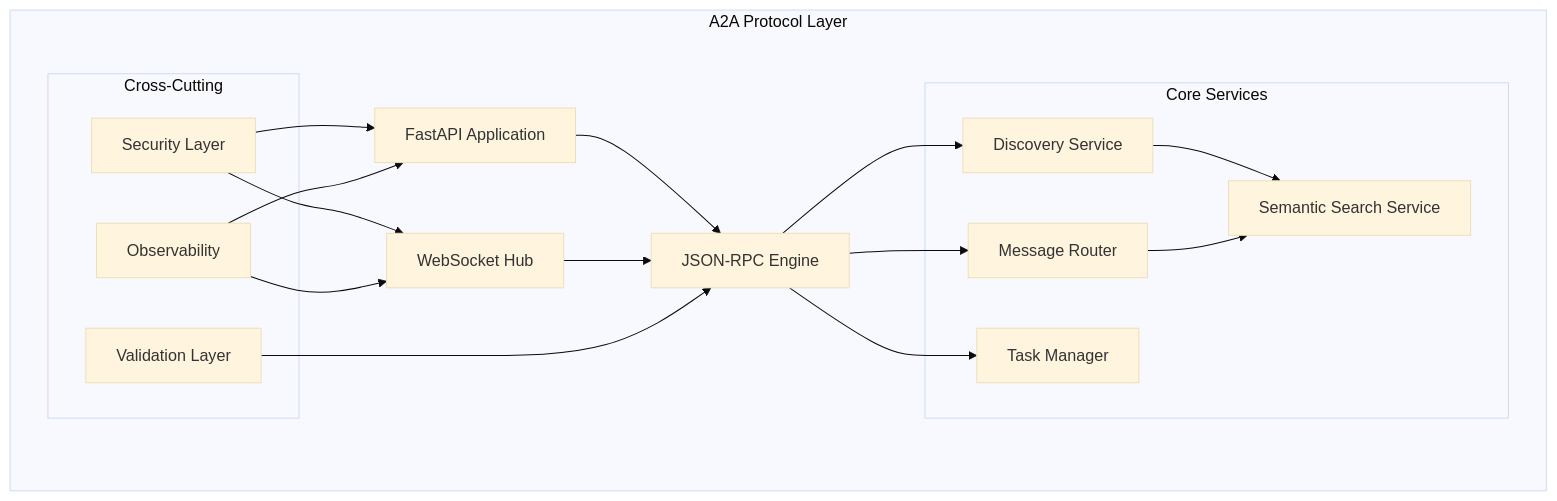
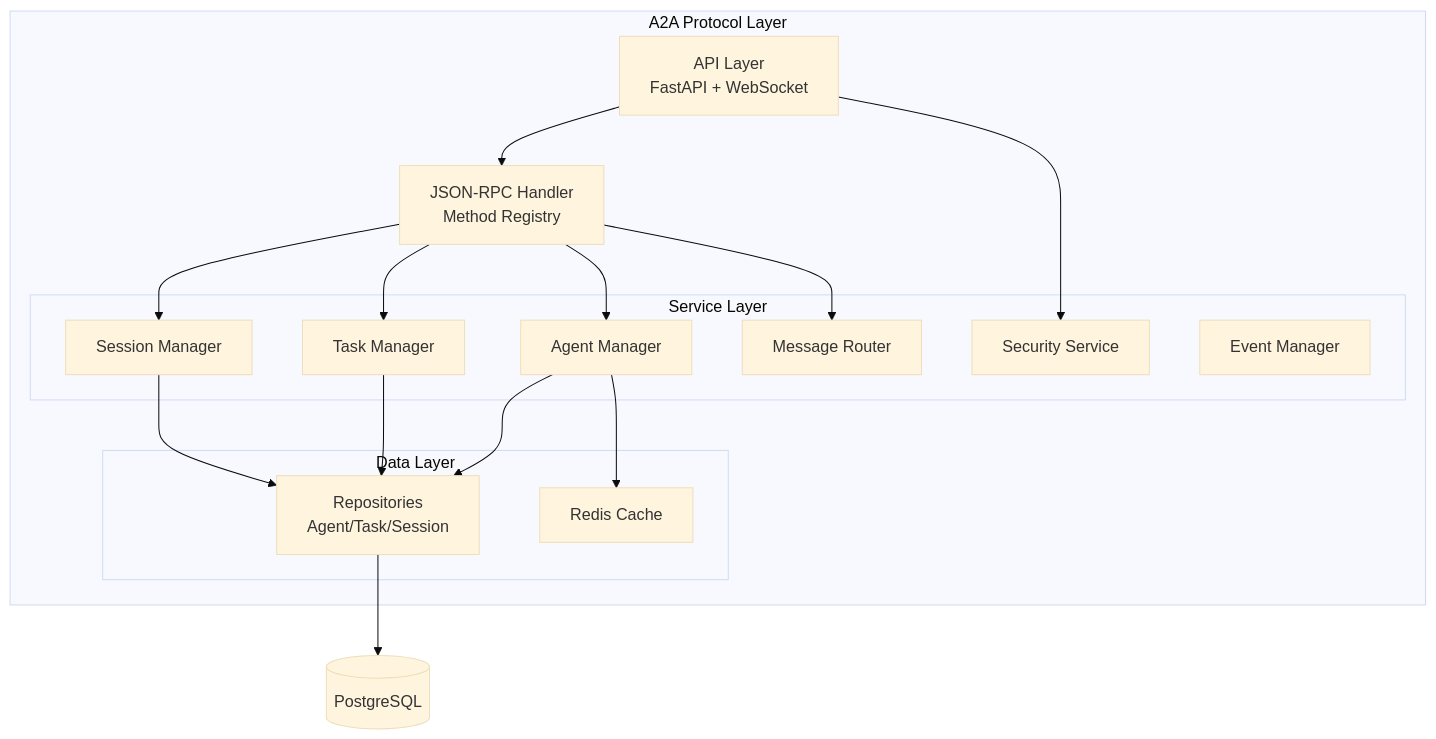
Before and after one commit to Mathews-Tom/AgentCore: the second of 2 diagrams in docs/breakdown/a2a-protocol.md, drawn with Mermaid (base theme). The commit also changed other lines of this file and 3 other files, not shown here.

Commit message:
docs(a2a-protocol): expand session-aware architecture specs

````diff
--- a/docs/breakdown/a2a-protocol.md
+++ b/docs/breakdown/a2a-protocol.md
@@ -69,35 +81,33 @@
 ```mermaid
 graph TD
     subgraph "A2A Protocol Layer"
-        API[FastAPI Application]
-        WS[WebSocket Hub]
-        RPC[JSON-RPC Engine]
+        API[API Layer<br/>FastAPI + WebSocket]
+        JSONRPC[JSON-RPC Handler<br/>Method Registry]
 
-        subgraph "Core Services"
-            DISC[Discovery Service]
-            ROUTE[Message Router]
-            TASK[Task Manager]
-            SEM[Semantic Search Service]
+        subgraph "Service Layer"
+            AM[Agent Manager]
+            TM[Task Manager]
+            SM[Session Manager]
+            MR[Message Router]
+            SEC[Security Service]
+            EM[Event Manager]
         end
 
-        subgraph "Cross-Cutting"
-            AUTH[Security Layer]
-            VAL[Validation Layer]
-            OBS[Observability]
+        subgraph "Data Layer"
+            REPO[Repositories<br/>Agent/Task/Session]
+            CACHE[Redis Cache]
         end
     end
 
-    API --> RPC
-    WS --> RPC
-    RPC --> DISC
-    RPC --> ROUTE
-    RPC --> TASK
-    DISC --> SEM
-    ROUTE --> SEM
-
-    AUTH --> API
-    AUTH --> WS
-    VAL --> RPC
-    OBS --> API
-    OBS --> WS
+    API --> JSONRPC
+    JSONRPC --> AM
+    JSONRPC --> TM
+    JSONRPC --> SM
+    JSONRPC --> MR
+    API --> SEC
+    AM --> REPO
+    TM --> REPO
+    SM --> REPO
+    AM --> CACHE
+    REPO --> DB[(PostgreSQL)]
 ```
````
